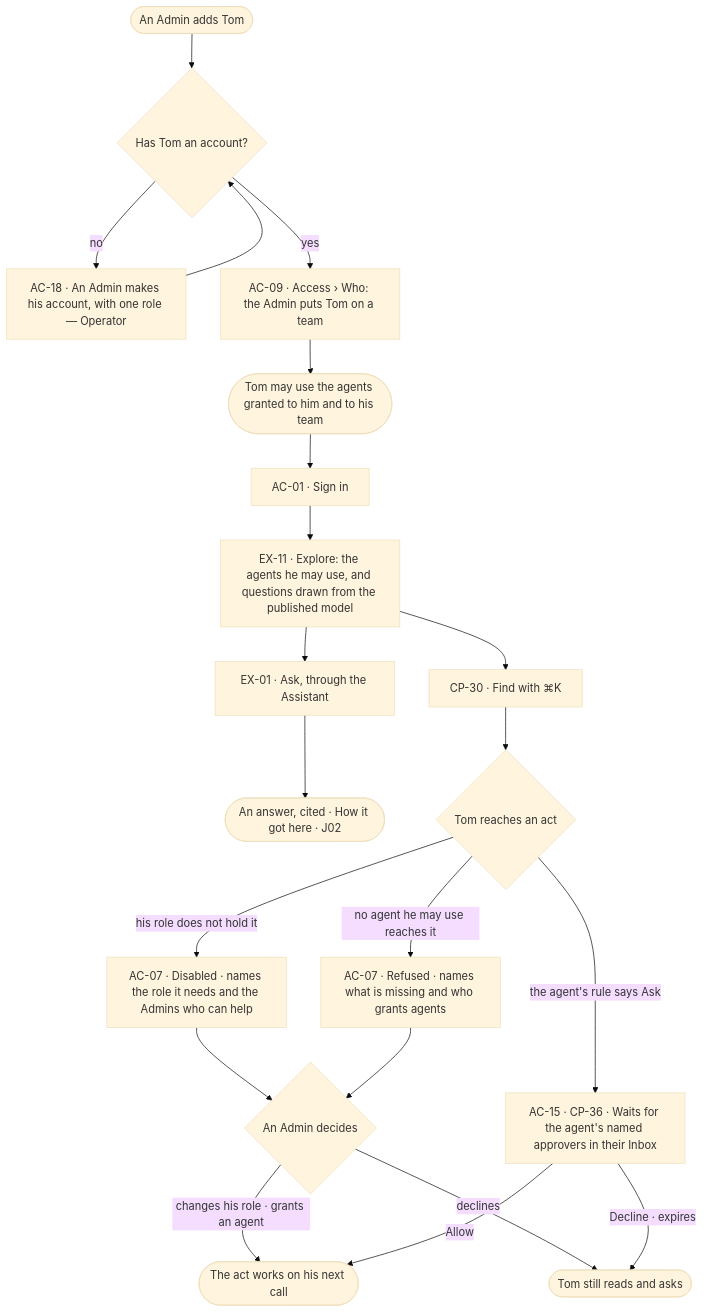
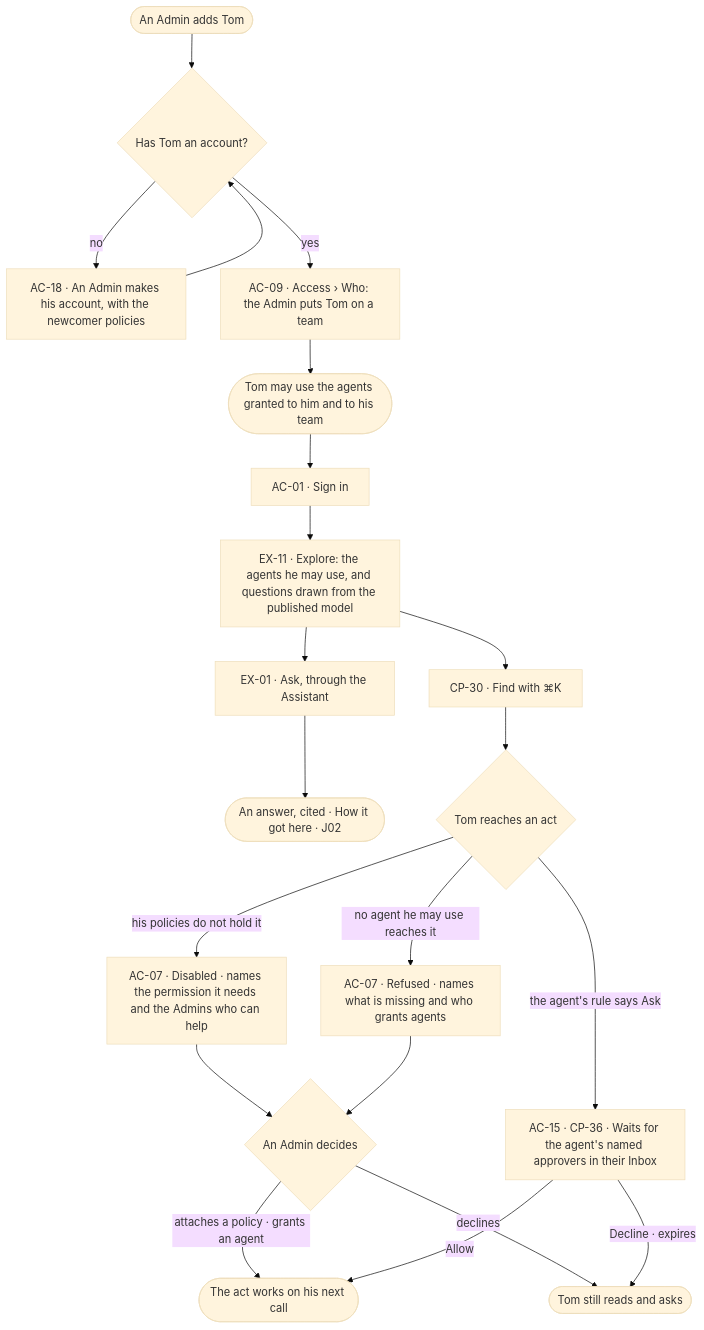
One commit to invana/invana changed the diagram in specs/journeys/J05-join-a-team.md. Above: the diagram before and after it, drawn with Mermaid (base theme). The commit also changed other lines of this file and 228 other files, not shown here.

````diff
--- a/specs/journeys/J05-join-a-team.md
+++ b/specs/journeys/J05-join-a-team.md
@@ -16,21 +16,21 @@
 ```mermaid
 flowchart TD
   P([An Admin adds Tom]) --> Q{"Has Tom an account?"}
-  Q -->|no| Q2["AC-18 · An Admin makes his account, with one role — Operator"] --> Q
+  Q -->|no| Q2["AC-18 · An Admin makes his account, with the newcomer policies"] --> Q
   Q -->|yes| T["AC-09 · Access › Who: the Admin puts Tom on a team"]
   T --> A(["Tom may use the agents granted to him and to his team"])
   A --> B["AC-01 · Sign in"]
   B --> D["EX-11 · Explore: the agents he may use, and questions drawn from the published model"]
   D --> E["EX-01 · Ask, through the Assistant"]
   E --> F(["An answer, cited · How it got here · J02"])
   D --> G["CP-30 · Find with ⌘K"]
   G --> H{"Tom reaches an act"}
-  H -->|his role does not hold it| I["AC-07 · Disabled · names the role it needs and the Admins who can help"]
+  H -->|his policies do not hold it| I["AC-07 · Disabled · names the permission it needs and the Admins who can help"]
   I --> K{"An Admin decides"}
-  K -->|changes his role · grants an agent| M(["The act works on his next call"])
+  K -->|attaches a policy · grants an agent| M(["The act works on his next call"])
   K -->|declines| N(["Tom still reads and asks"])
   H -->|the agent's rule says Ask| AS["AC-15 · CP-36 · Waits for the agent's named approvers in their Inbox"]
   AS -->|Allow| M
   AS -->|Decline · expires| N
   H -->|no agent he may use reaches it| R["AC-07 · Refused · names what is missing and who grants agents"] --> K
 ```
````
